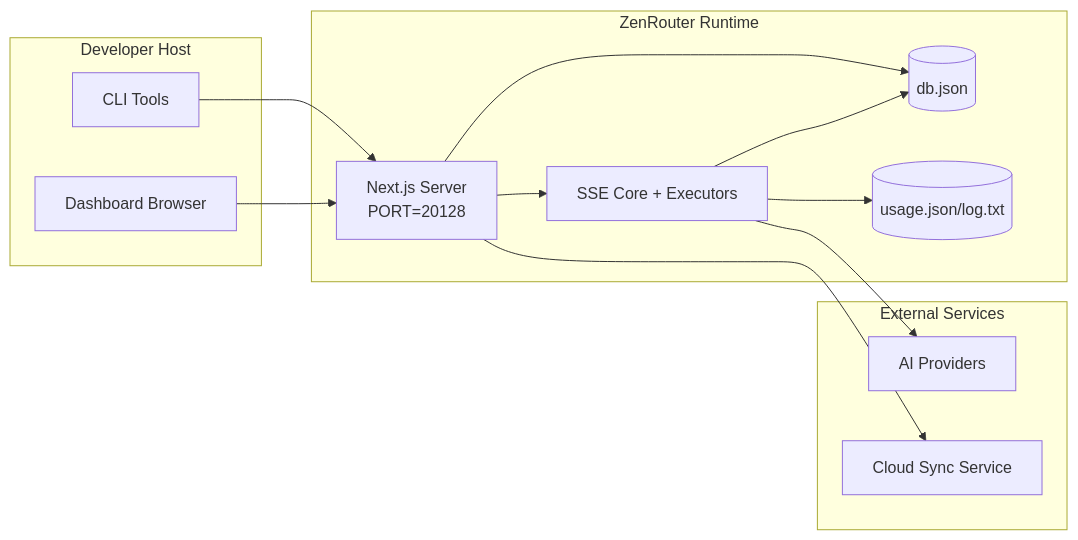
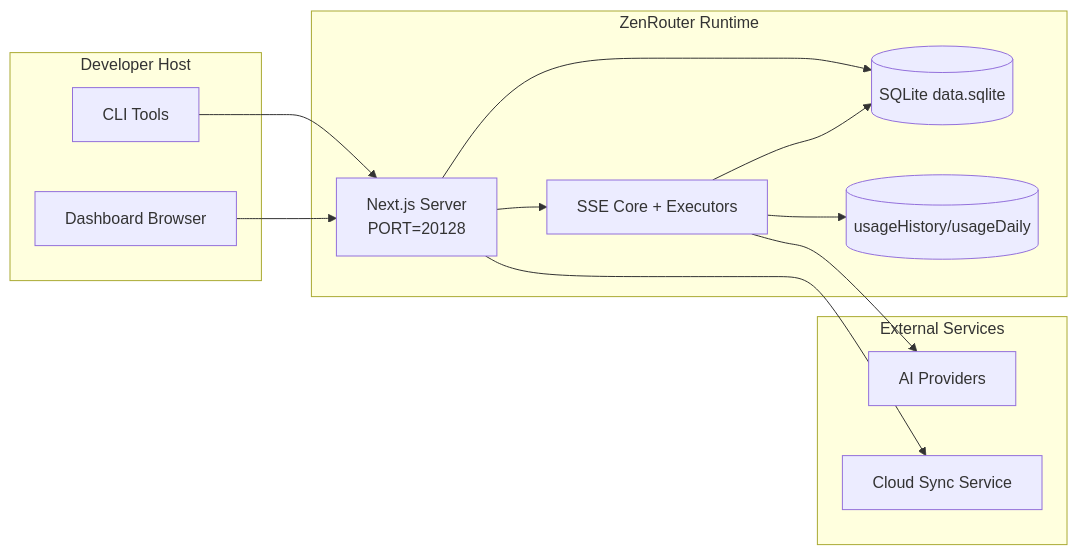
Before and after one commit to ZenRouter/ZenRouter: the seventh of 7 diagrams in docs/ARCHITECTURE.md, drawn with Mermaid. The commit also changed other lines of this file and 7 other files, not shown here.

````diff
--- a/docs/ARCHITECTURE.md
+++ b/docs/ARCHITECTURE.md
@@ -392,28 +392,28 @@
 ```mermaid
 flowchart LR
     subgraph LocalHost[Developer Host]
         CLI[CLI Tools]
         Browser[Dashboard Browser]
     end
 
     subgraph ContainerOrProcess[ZenRouter Runtime]
         Next[Next.js Server\nPORT=20128]
         Core[SSE Core + Executors]
-        MainDB[(db.json)]
-        UsageDB[(usage.json/log.txt)]
+        MainDB[(SQLite data.sqlite)]
+        UsageDB[(usageHistory/usageDaily)]
     end
 
     subgraph External[External Services]
         Providers[AI Providers]
         SyncCloud[Cloud Sync Service]
     end
 
     CLI --> Next
     Browser --> Next
     Next --> Core
     Next --> MainDB
     Core --> MainDB
     Core --> UsageDB
     Core --> Providers
     Next --> SyncCloud
 ```
````
